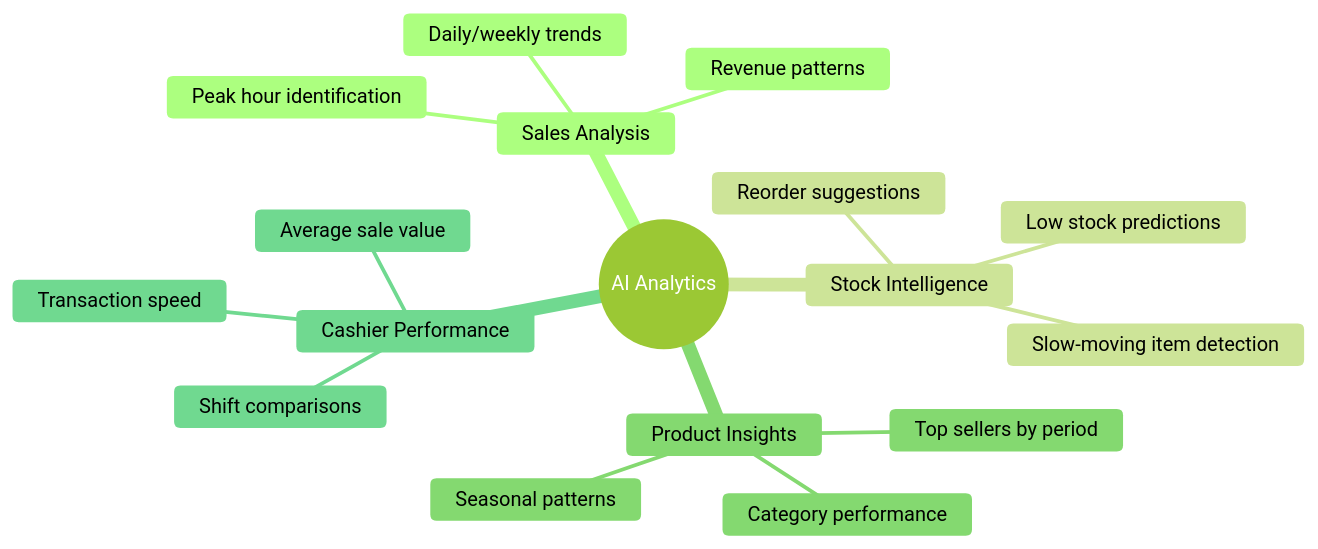
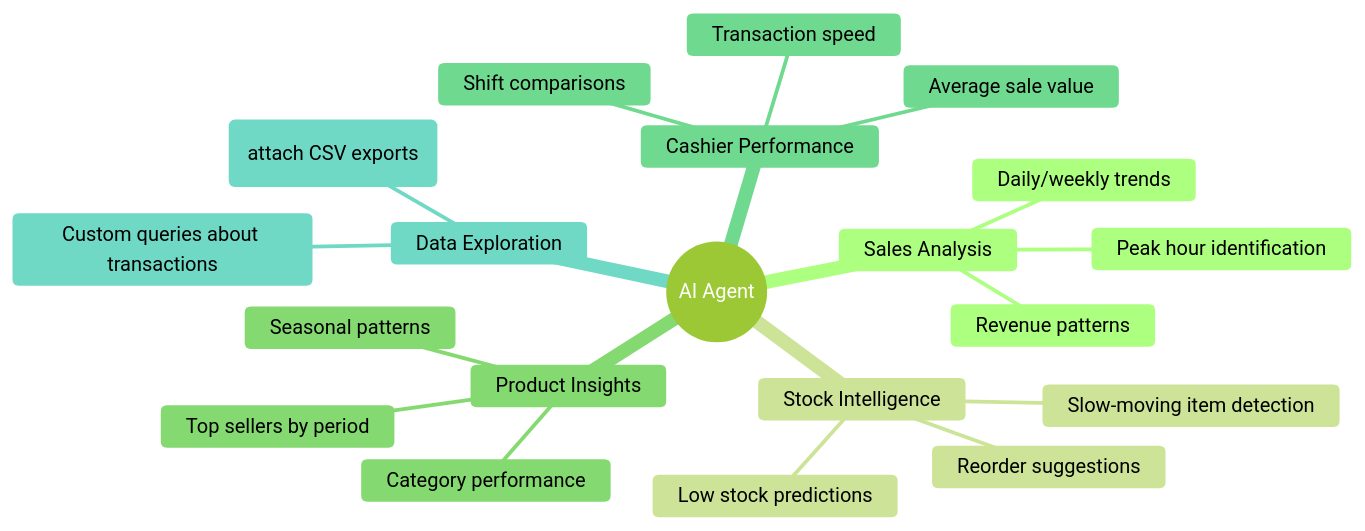
One commit to BootlegYouki/at-iba-pa-pos changed the third of 3 diagrams in docs/08-ai-analytics.md. Above: the diagram before and after it, drawn with Mermaid (forest theme). The commit also changed other lines of this file and 4 other files, not shown here.

````diff
--- a/docs/08-ai-analytics.md
+++ b/docs/08-ai-analytics.md
@@ -50,20 +157,23 @@
 ```mermaid
 mindmap
-    root((AI Analytics))
+    root((AI Agent))
         Sales Analysis
             Daily/weekly trends
             Revenue patterns
             Peak hour identification
         Stock Intelligence
             Low stock predictions
             Reorder suggestions
             Slow-moving item detection
         Product Insights
             Top sellers by period
             Category performance
             Seasonal patterns
         Cashier Performance
             Transaction speed
             Average sale value
             Shift comparisons
+        Data Exploration
+            Custom queries about transactions
+            File analysis (attach CSV exports)
 ```
````
